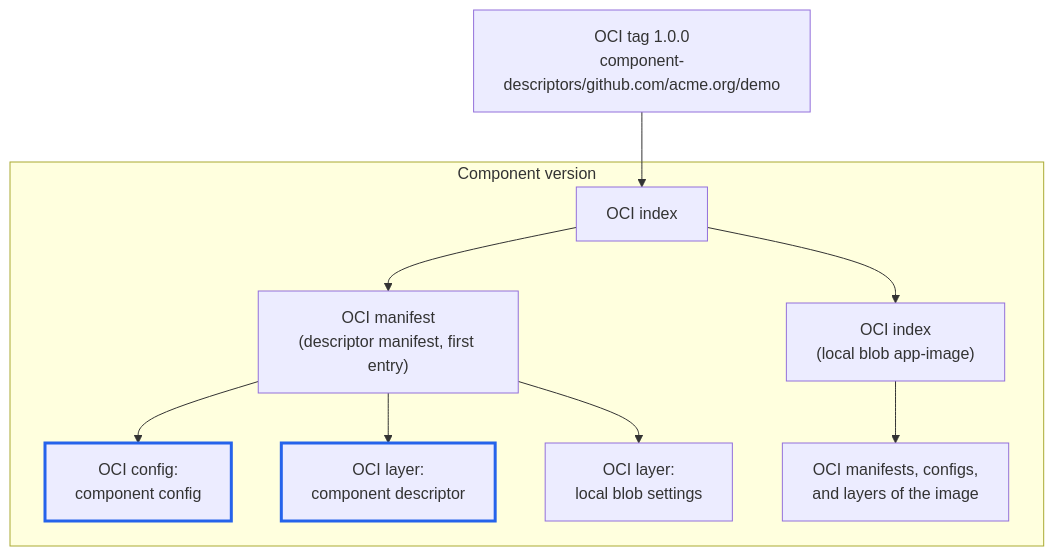
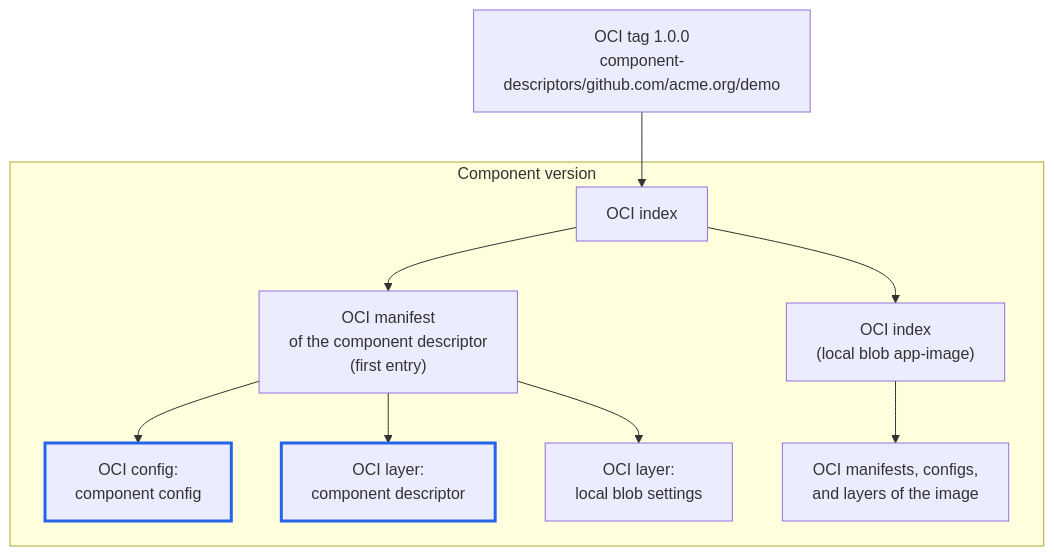
One commit to open-component-model/open-component-model changed the second of 2 diagrams in website/content/docs/concepts/component-storage.md. Above: the diagram before and after it, drawn with Mermaid. The commit also changed other lines of this file and 1 other file, not shown here.

First line of the commit message:
docs: describe the component descriptor's OCI manifest instead of naming it

````diff
--- a/website/content/docs/concepts/component-storage.md
+++ b/website/content/docs/concepts/component-storage.md
@@ -148,17 +146,17 @@
 ```mermaid
 flowchart TD
     tag["OCI tag 1.0.0<br/>component-descriptors/github.com/acme.org/demo"] --> idx
 
     subgraph cv["Component version"]
         idx["OCI index"]
-        idx --> dm["OCI manifest<br/>(descriptor manifest, first entry)"]
+        idx --> dm["OCI manifest<br/>of the component descriptor<br/>(first entry)"]
         idx --> img["OCI index<br/>(local blob app-image)"]
         dm --> cfg["OCI config:<br/>component config"]
         dm --> cd["OCI layer:<br/>component descriptor"]
         dm --> lb["OCI layer:<br/>local blob settings"]
         img --> imgm["OCI manifests, configs,<br/>and layers of the image"]
     end
 
     classDef ocm stroke:#2563eb,stroke-width:3px
     class cfg,cd ocm
 ```
````
